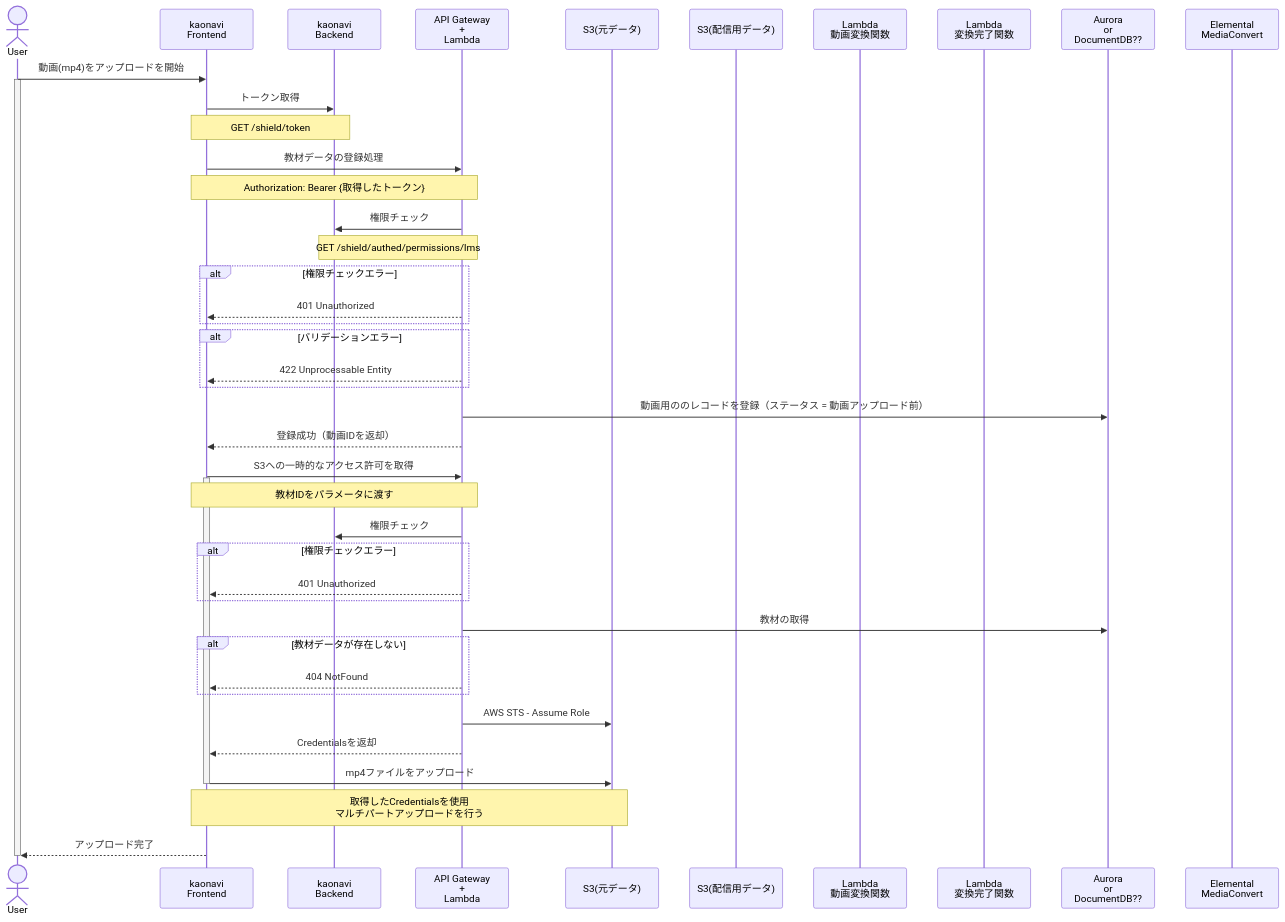
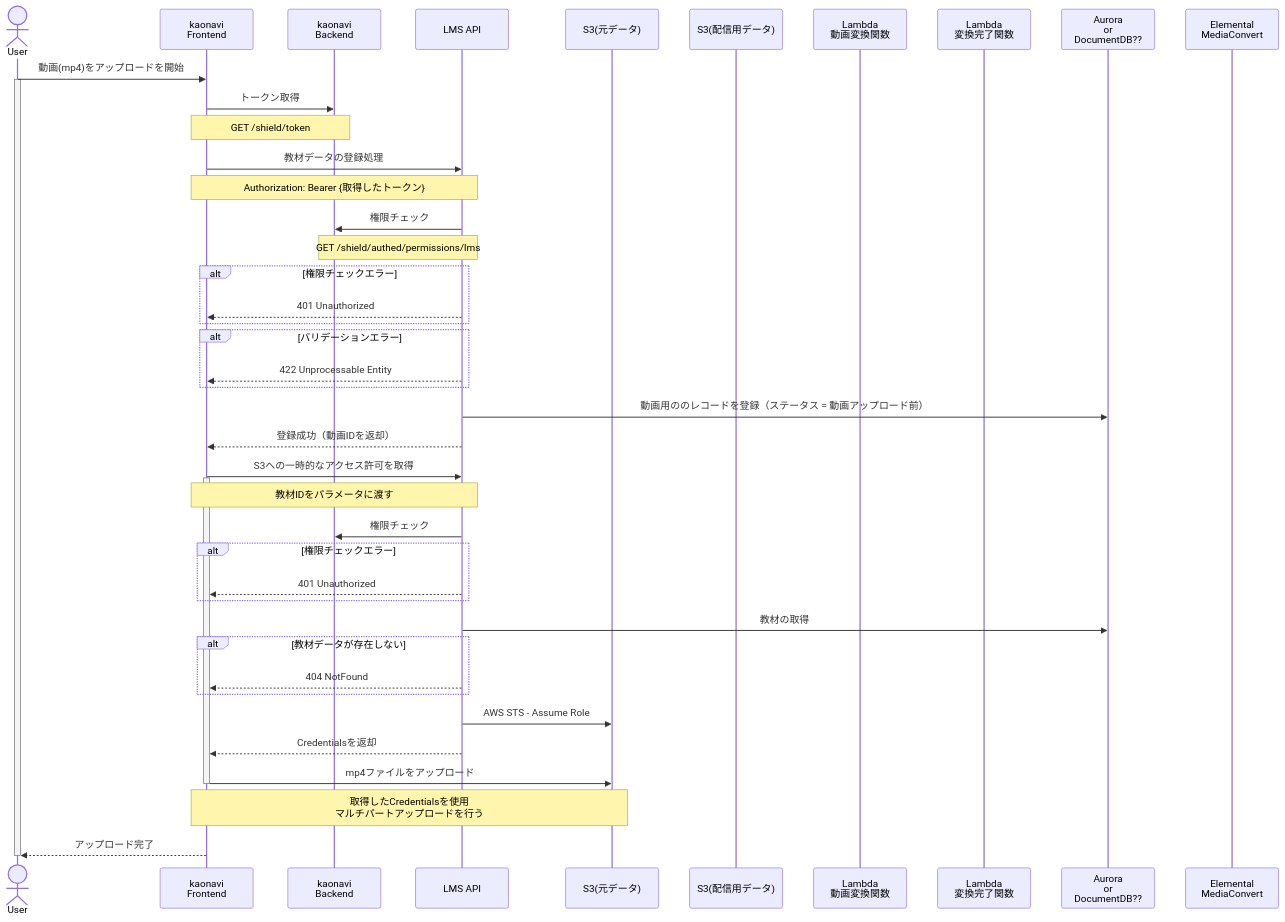
One commit to revenue-hack/dotfiles changed the diagram in docs/1_movie_upload_flow.md. Above: the diagram before and after it, drawn with Mermaid. The commit also changed 1 other file, not shown here.

Commit message:
LMSトップを表示 → 講習作成のフローを追加

````diff
--- a/docs/1_movie_upload_flow.md
+++ b/docs/1_movie_upload_flow.md
@@ -5,53 +5,53 @@
 ```mermaid
 sequenceDiagram
     actor User as User
     participant Client as kaonavi<br>Frontend
     participant Server as kaonavi<br>Backend
-    participant API as API Gateway<br>+<br>Lambda
+    participant API as LMS API
     participant S3_origin as S3(元データ)
     participant S3_deliv as S3(配信用データ)
     participant Lambda1 as Lambda<br>動画変換関数
     participant Lambda2 as Lambda<br>変換完了関数
     participant DB as Aurora<br>or<br>DocumentDB??
     participant MC as Elemental<br>MediaConvert
 
     User->>Client: 動画(mp4)をアップロードを開始
     activate User
         Client->>Server: トークン取得
         Note over Client,Server: GET /shield/token
 
         Client->>API: 教材データの登録処理
         Note over Client,API: Authorization: Bearer {取得したトークン}
 
         API->>Server: 権限チェック
         Note over Server,API: GET /shield/authed/permissions/lms
         alt 権限チェックエラー
             API-->>Client: 401 Unauthorized
         end
         alt バリデーションエラー
             API-->>Client: 422 Unprocessable Entity
         end
         API->>DB: 動画用ののレコードを登録（ステータス = 動画アップロード前）
         API-->>Client: 登録成功（動画IDを返却）
 
         Client->>API: S3への一時的なアクセス許可を取得
         activate Client
             Note over Client,API: 教材IDをパラメータに渡す
             API->>Server: 権限チェック
             alt 権限チェックエラー
                 API-->>Client: 401 Unauthorized
             end
             API->>DB: 教材の取得
             alt 教材データが存在しない
                 API-->>Client: 404 NotFound
             end
             API->>S3_origin: AWS STS - Assume Role
             API-->>Client: Credentialsを返却
 
             Client->>S3_origin: mp4ファイルをアップロード
         deactivate Client
 
         Note over Client,S3_origin: 取得したCredentialsを使用<br>マルチパートアップロードを行う
         Client-->>User: アップロード完了
     deactivate User
 ```
````
